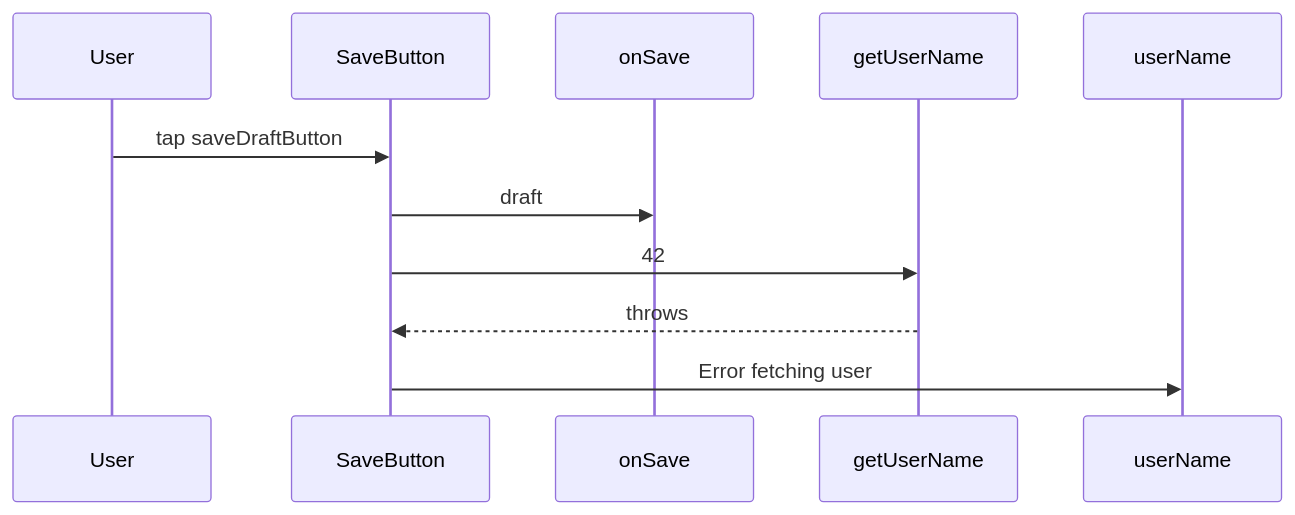
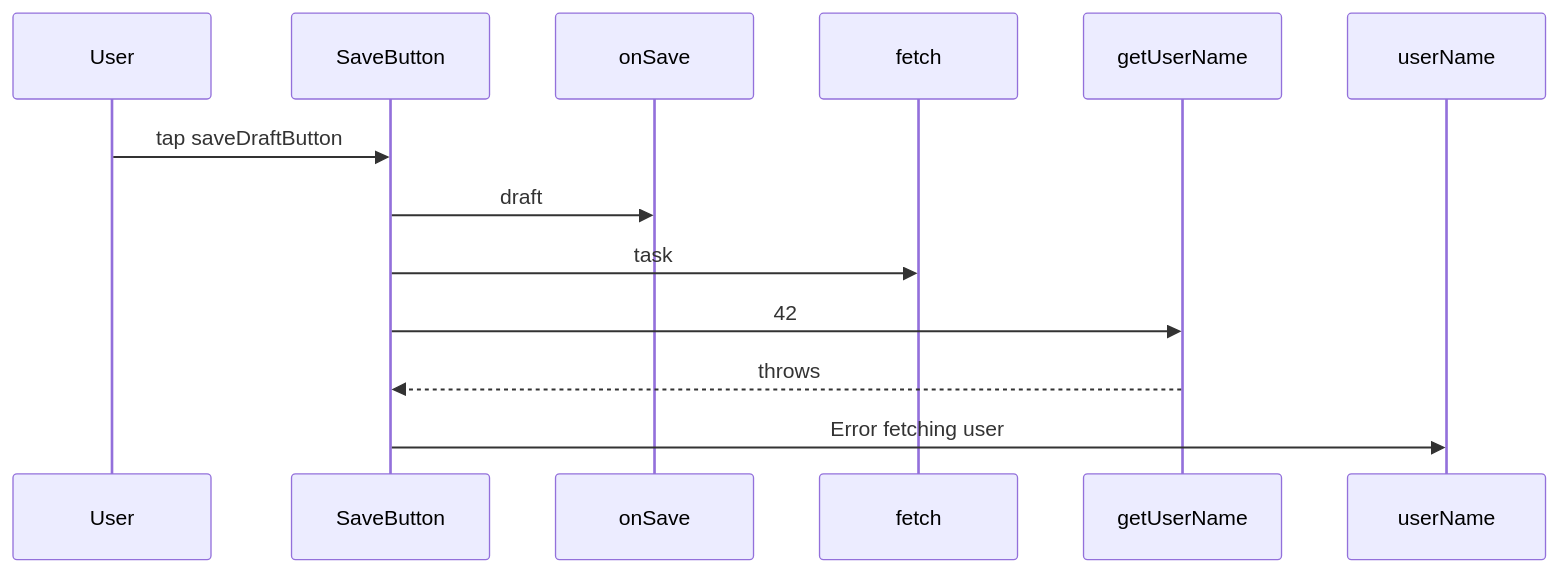
One commit to sisoje/hypermodular changed the diagram in hypermodular/scripts/fixtures/clean/SaveButton/MAP.md. Above: the diagram before and after it, drawn with Mermaid. The commit also changed 11 other files, not shown here.

````diff
--- a/hypermodular/scripts/fixtures/clean/SaveButton/MAP.md
+++ b/hypermodular/scripts/fixtures/clean/SaveButton/MAP.md
@@ -3,10 +3,11 @@
 ```mermaid
 %% Evidence: SaveButton · Parent: Unmounted (../APP-MAP.md)
 %% Given: getUserName throws
 sequenceDiagram
     User->>SaveButton: tap saveDraftButton
     SaveButton->>onSave: draft
+    SaveButton->>fetch: task
     SaveButton->>getUserName: 42
     getUserName-->>SaveButton: throws
     SaveButton->>userName: Error fetching user
 ```
````
